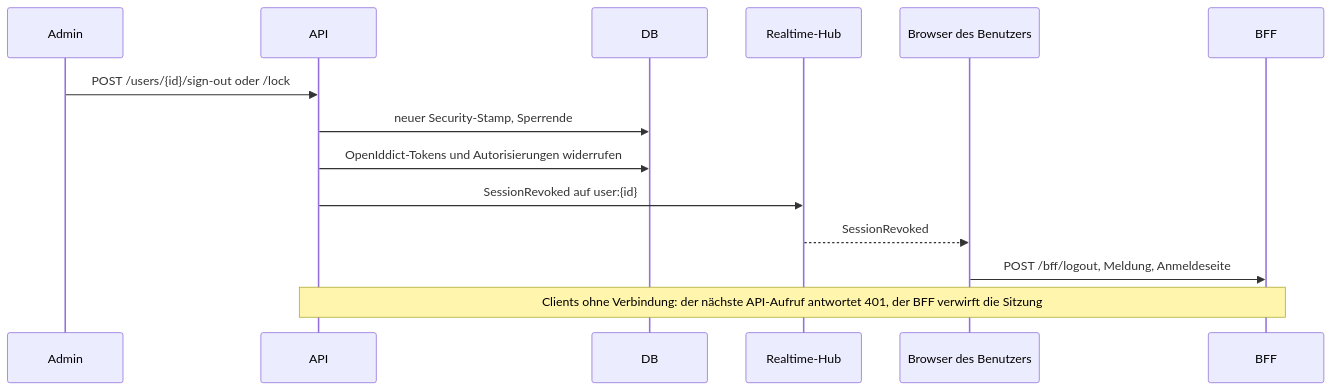
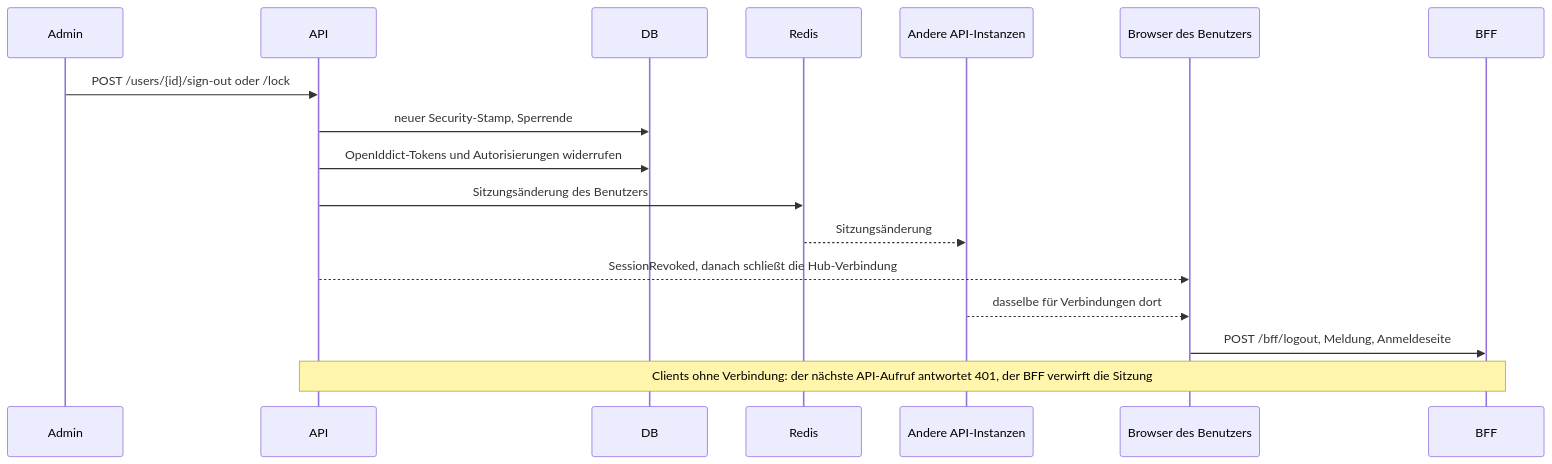
The diagram in website/docs/security/clients.de.md (fgilde/CoworkeeLib), drawn with Mermaid before and after one commit. The commit also changed other lines of this file and 83 other files, not shown here.

````diff
--- a/website/docs/security/clients.de.md
+++ b/website/docs/security/clients.de.md
@@ -44,16 +59,19 @@
 ```mermaid
 sequenceDiagram
     participant Admin
     participant API
     participant DB
-    participant Hub as Realtime-Hub
+    participant Redis
+    participant Other as Andere API-Instanzen
     participant Client as Browser des Benutzers
     participant BFF
     Admin->>API: POST /users/{id}/sign-out oder /lock
     API->>DB: neuer Security-Stamp, Sperrende
     API->>DB: OpenIddict-Tokens und Autorisierungen widerrufen
-    API->>Hub: SessionRevoked auf user:{id}
-    Hub-->>Client: SessionRevoked
+    API->>Redis: Sitzungsänderung des Benutzers
+    Redis-->>Other: Sitzungsänderung
+    API-->>Client: SessionRevoked, danach schließt die Hub-Verbindung
+    Other-->>Client: dasselbe für Verbindungen dort
     Client->>BFF: POST /bff/logout, Meldung, Anmeldeseite
     Note over API,BFF: Clients ohne Verbindung: der nächste API-Aufruf antwortet 401, der BFF verwirft die Sitzung
 ```
````
